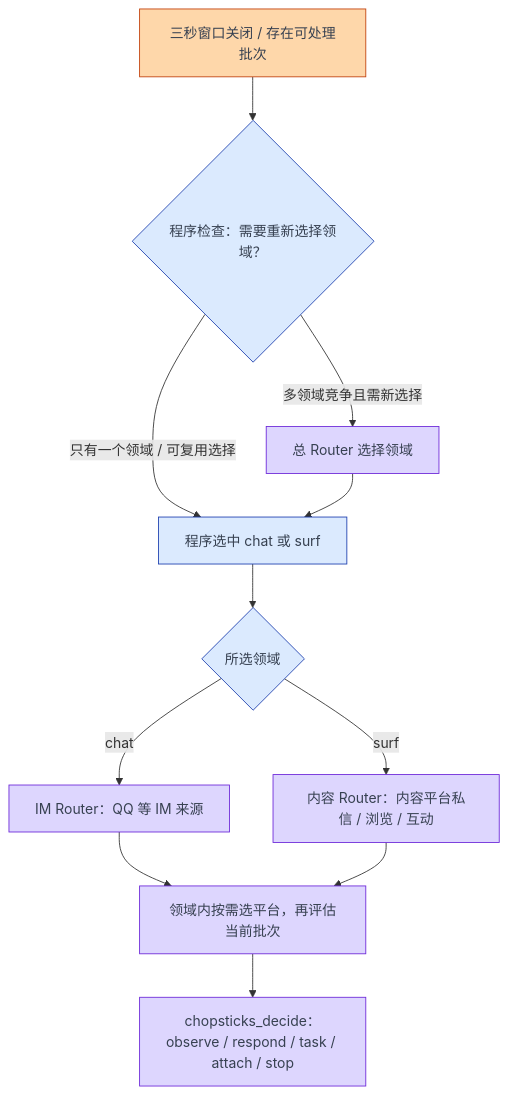
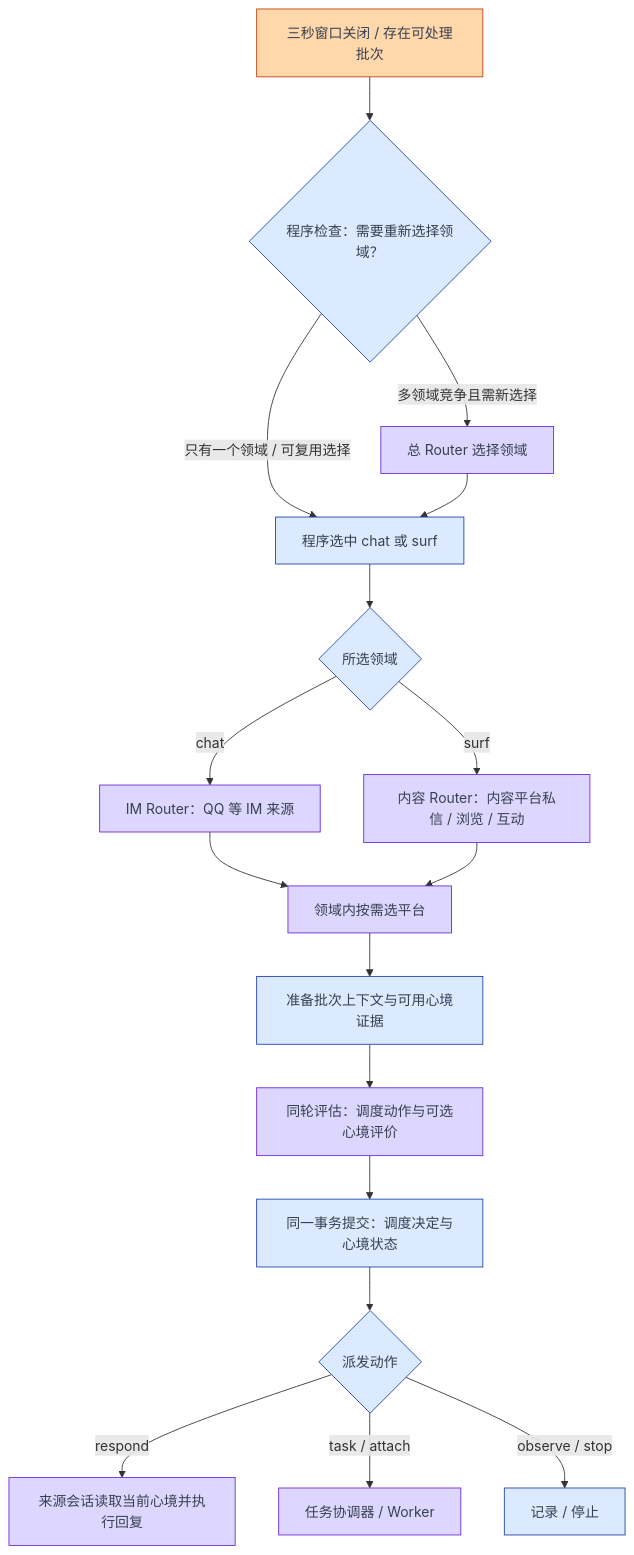
The diagram in docs/architecture-deployed.md (Simon5ei/Chopsticks), drawn with Mermaid before and after one commit. The commit also changed other lines of this file and 5 other files, not shown here.

Commit message:
docs: integrate mood into the actual message processing flow

````diff
--- a/docs/architecture-deployed.md
+++ b/docs/architecture-deployed.md
@@ -36,19 +36,25 @@
 ```mermaid
 flowchart TD
     A[三秒窗口关闭 / 存在可处理批次] --> B{程序检查：需要重新选择领域？}
     B -->|只有一个领域 / 可复用选择| C[程序选中 chat 或 surf]
     B -->|多领域竞争且需新选择| D[总 Router 选择领域]
     D --> C
     C --> E{所选领域}
     E -->|chat| F[IM Router：QQ 等 IM 来源]
     E -->|surf| G[内容 Router：内容平台私信 / 浏览 / 互动]
-    F --> H[领域内按需选平台，再评估当前批次]
+    F --> H[领域内按需选平台]
     G --> H
-    H --> I[chopsticks_decide：observe / respond / task / attach / stop]
+    H --> J[准备批次上下文与可用心境证据]
+    J --> I[同轮评估：调度动作与可选心境评价]
+    I --> K[同一事务提交：调度决定与心境状态]
+    K --> L{派发动作}
+    L -->|respond| M[来源会话读取当前心境并执行回复]
+    L -->|task / attach| N[任务协调器 / Worker]
+    L -->|observe / stop| O[记录 / 停止]
     classDef program fill:#dbeafe,stroke:#1e40af,color:#374151;
     classDef model fill:#ddd6fe,stroke:#6d28d9,color:#374151;
     classDef added fill:#fed7aa,stroke:#c2410c,color:#374151;
     class A added;
-    class B,C,E program;
-    class D,F,G,H,I model;
+    class B,C,E,J,K,L,O program;
+    class D,F,G,H,I,M,N model;
 ```
````
